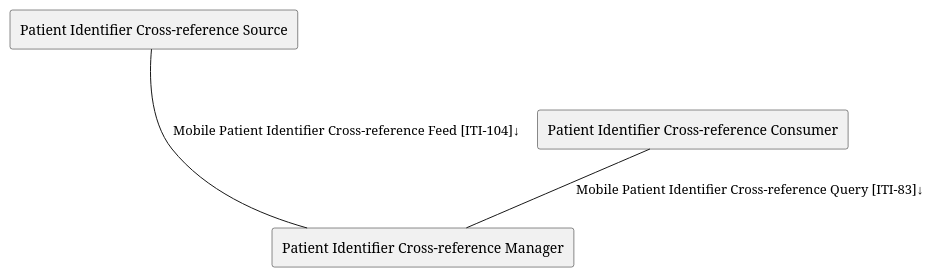
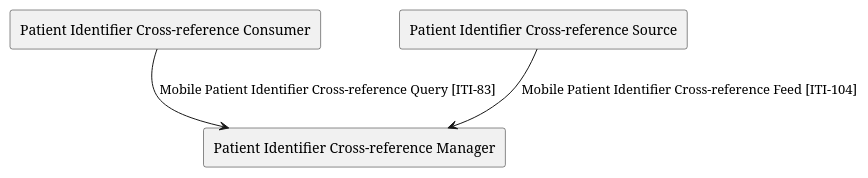
The diagram in input/images-source/ActorsAndTransactions.plantuml (IHE/ITI.PIXm), drawn with PlantUML before and after one commit. The commit also changed 18 other files, not shown here.

Commit message:
other things I cleaned up in Volume 1 and plantuml usage while trying to find the bluescreen problem

```diff
--- a/input/images-source/ActorsAndTransactions.plantuml
+++ b/input/images-source/ActorsAndTransactions.plantuml
@@ -1,11 +1,7 @@
 @startuml
-
+agent "Patient Identifier Cross-reference Consumer" as Consumer
 agent "Patient Identifier Cross-reference Source" as Source
-agent "Patient Identifier Cross-reference Consumer" as Consumer
 agent "Patient Identifier Cross-reference Manager" as Manager
-
-
-Source --- Manager: "Mobile Patient Identifier Cross-reference Feed [ITI-104]↓"
-Consumer -- Manager : "Mobile Patient Identifier Cross-reference Query [ITI-83]↓"
-
+Source -down-> Manager: "Mobile Patient Identifier Cross-reference Feed [ITI-104]"
+Consumer -down-> Manager : "Mobile Patient Identifier Cross-reference Query [ITI-83]"
 @enduml
```
